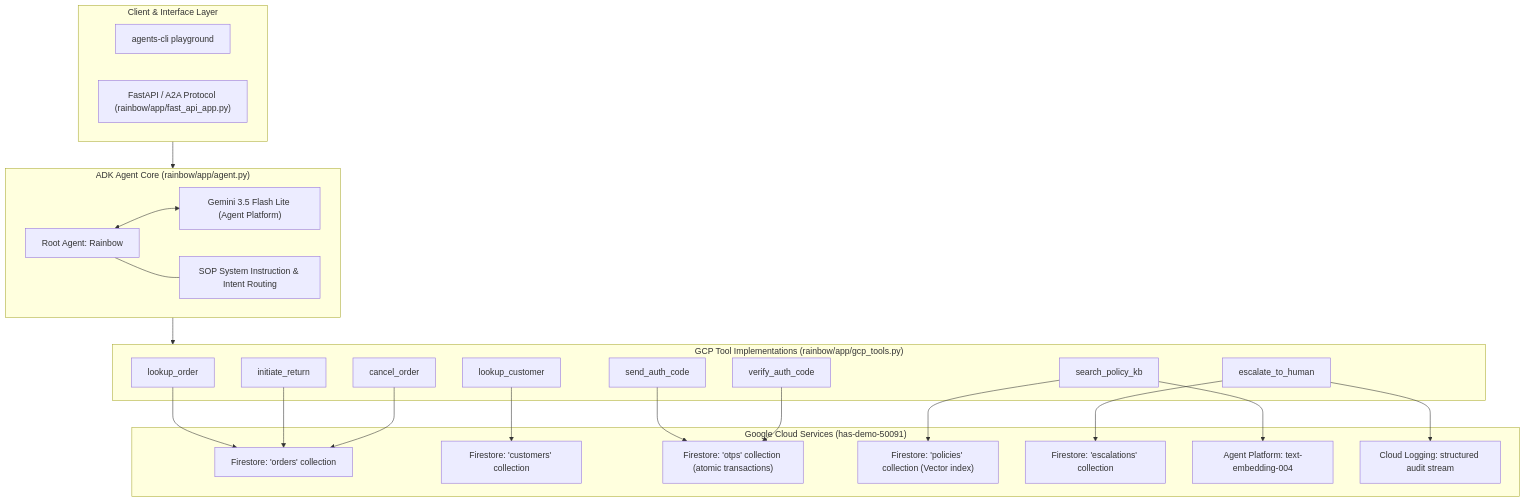
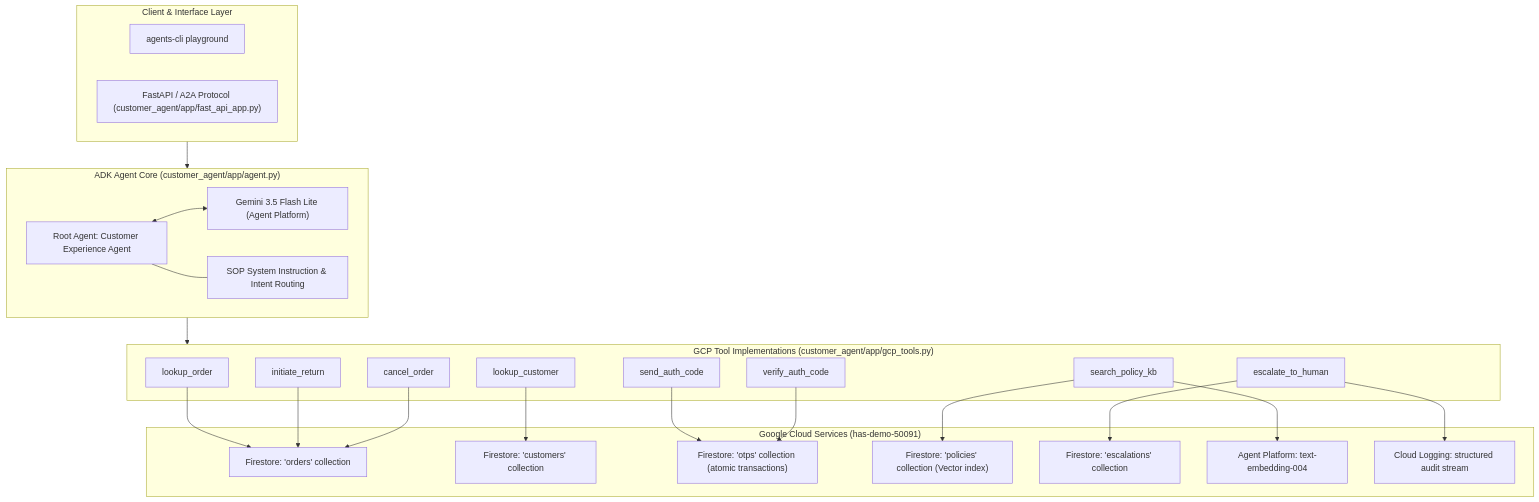
One commit to hasarahman/customer-experience-agy changed the diagram in docs/pilot_design.md. Above: the diagram before and after it, drawn with Mermaid. The commit also changed other lines of this file and 42 other files, not shown here.

Commit message:
feat: rebrand to nameless Customer Experience AI Assistant, scrub rainbow, update demo video

````diff
--- a/docs/pilot_design.md
+++ b/docs/pilot_design.md
@@ -19,50 +19,50 @@
 ```mermaid
 flowchart TD
     subgraph ClientLayer ["Client & Interface Layer"]
         CLI["agents-cli playground"]
-        API["FastAPI / A2A Protocol (rainbow/app/fast_api_app.py)"]
+        API["FastAPI / A2A Protocol (customer_agent/app/fast_api_app.py)"]
     end
 
-    subgraph AgentLayer ["ADK Agent Core (rainbow/app/agent.py)"]
-        Agent["Root Agent: Rainbow"]
+    subgraph AgentLayer ["ADK Agent Core (customer_agent/app/agent.py)"]
+        Agent["Root Agent: Customer Experience Agent"]
         Model["Gemini 3.5 Flash Lite (Agent Platform)"]
         Instruction["SOP System Instruction & Intent Routing"]
         Agent <--> Model
         Agent --- Instruction
     end
 
-    subgraph ToolsLayer ["GCP Tool Implementations (rainbow/app/gcp_tools.py)"]
+    subgraph ToolsLayer ["GCP Tool Implementations (customer_agent/app/gcp_tools.py)"]
         T_Ord["lookup_order"]
         T_Cust["lookup_customer"]
         T_Ret["initiate_return"]
         T_Canc["cancel_order"]
         T_Auth1["send_auth_code"]
         T_Auth2["verify_auth_code"]
         T_RAG["search_policy_kb"]
         T_Esc["escalate_to_human"]
     end
 
     subgraph GCPLayer ["Google Cloud Services (has-demo-50091)"]
         FS_Orders["Firestore: 'orders' collection"]
         FS_Cust["Firestore: 'customers' collection"]
         FS_OTP["Firestore: 'otps' collection (atomic transactions)"]
         FS_Pol["Firestore: 'policies' collection (Vector index)"]
         FS_Esc["Firestore: 'escalations' collection"]
         VertexEmb["Agent Platform: text-embedding-004"]
         CloudLog["Cloud Logging: structured audit stream"]
     end
 
     ClientLayer --> AgentLayer
     AgentLayer --> ToolsLayer
 
     T_Ord --> FS_Orders
     T_Cust --> FS_Cust
     T_Ret --> FS_Orders
     T_Canc --> FS_Orders
     T_Auth1 --> FS_OTP
     T_Auth2 --> FS_OTP
     T_RAG --> VertexEmb
     T_RAG --> FS_Pol
     T_Esc --> FS_Esc
     T_Esc --> CloudLog
 ```
````
